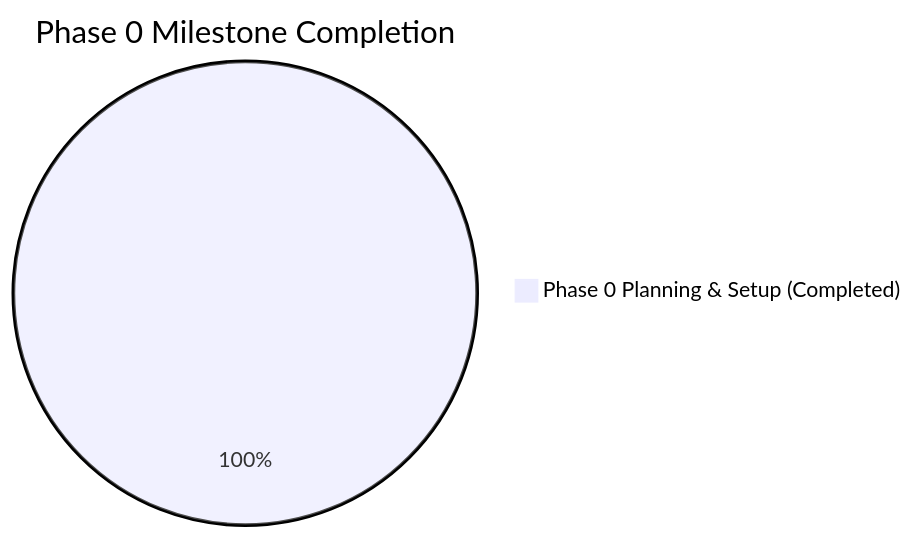
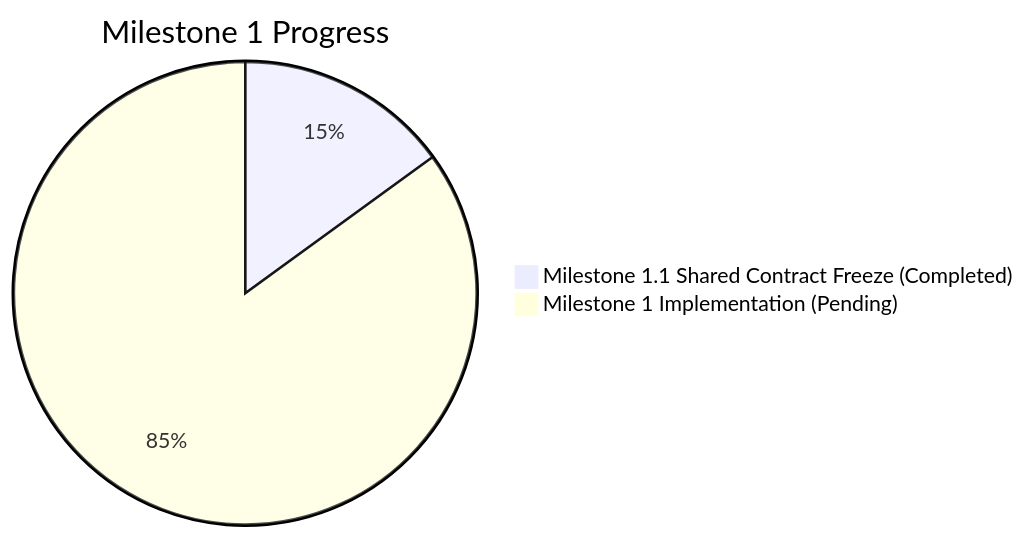
One commit to rajas2007/VeriTrace changed the diagram in dev/13_PROGRESS_TRACKER.md. Above: the diagram before and after it, drawn with Mermaid. The commit also changed other lines of this file and 113 other files, not shown here.

````diff
--- a/dev/13_PROGRESS_TRACKER.md
+++ b/dev/13_PROGRESS_TRACKER.md
@@ -13,4 +13,5 @@
 ```mermaid
-pie title Phase 0 Milestone Completion
-    "Phase 0 Planning & Setup (Completed)" : 100
+pie title Milestone 1 Progress
+    "Milestone 1.1 Shared Contract Freeze (Completed)" : 15
+    "Milestone 1 Implementation (Pending)" : 85
 ```
````
